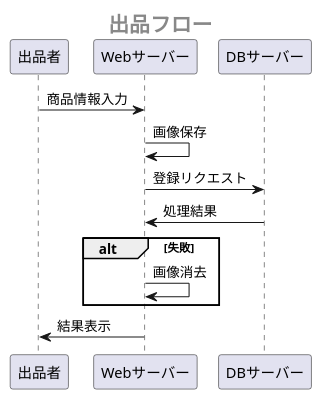
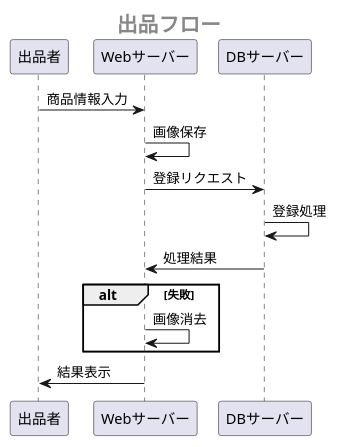
The fifth of 8 diagrams in 設計書/02_業務フロー/2021-12-22BusinessFlow.md (Aso2001385/NAISA), drawn with PlantUML before and after one commit.

````diff
--- a/設計書/02_業務フロー/2021-12-22BusinessFlow.md
+++ b/設計書/02_業務フロー/2021-12-22BusinessFlow.md
@@ -93,20 +93,21 @@
 ```uml
 @startuml
  center header <size:20><b>出品フロー</b></size>
   
  participant 出品者 as seller
  participant Webサーバー as web
  participant DBサーバー as db
 
  seller -> web:商品情報入力
  web -> web:画像保存
  web -> db:登録リクエスト
+ db -> db:登録処理
  db -> web:処理結果
  alt 失敗
  web -> web:画像消去
  end
  web -> seller:結果表示
  
  
 @enduml
 ```
````
